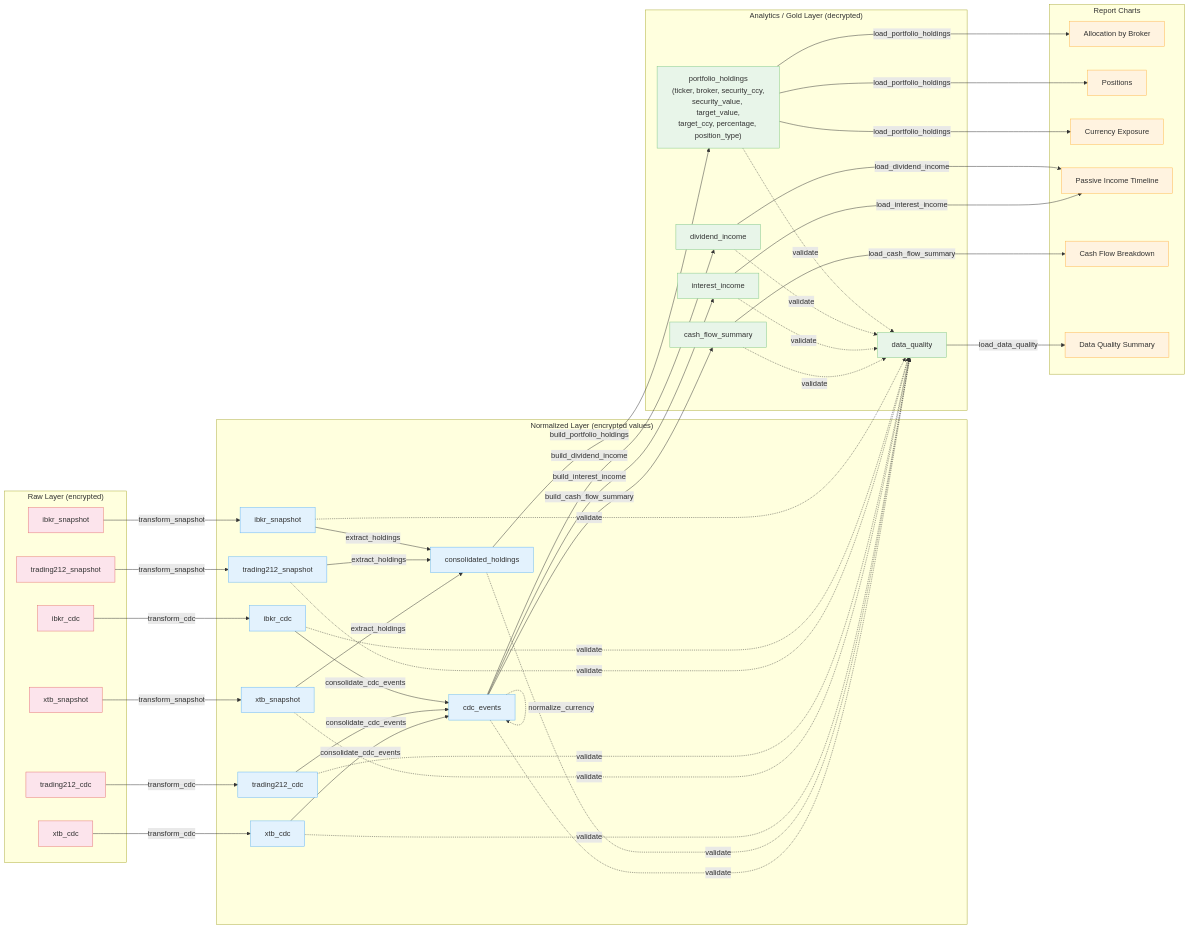
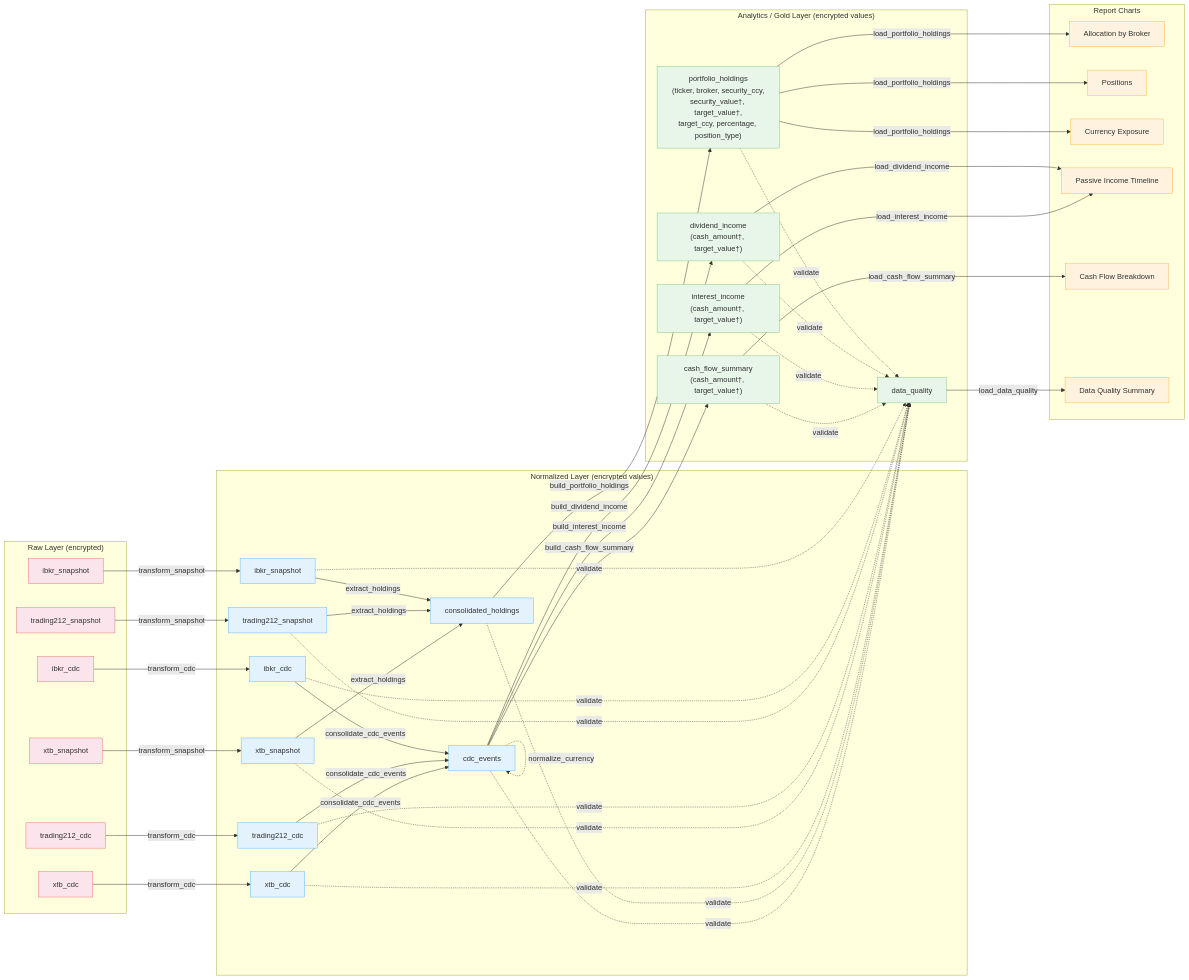
One commit to vp-1591/financial-portfolio-lakehouse changed the diagram in docs/table-lineage.md. Above: the diagram before and after it, drawn with Mermaid. The commit also changed other lines of this file and 16 other files, not shown here.

First line of the commit message:
feat: encrypt gold value columns with Fernet (Phase 3)

```diff
--- a/docs/table-lineage.md
+++ b/docs/table-lineage.md
@@ -24,11 +24,11 @@
     n_cdc_events["cdc_events"]
   end
 
-  subgraph gold["Analytics / Gold Layer (decrypted)"]
-    g_holdings["portfolio_holdings<br/>(ticker, broker, security_ccy,<br/>security_value, target_value,<br/>target_ccy, percentage, position_type)"]
-    g_dividends["dividend_income"]
-    g_interest["interest_income"]
-    g_cashflow["cash_flow_summary"]
+  subgraph gold["Analytics / Gold Layer (encrypted values)"]
+    g_holdings["portfolio_holdings<br/>(ticker, broker, security_ccy,<br/>security_value†, target_value†,<br/>target_ccy, percentage, position_type)"]
+    g_dividends["dividend_income<br/>(cash_amount†, target_value†)"]
+    g_interest["interest_income<br/>(cash_amount†, target_value†)"]
+    g_cashflow["cash_flow_summary<br/>(cash_amount†, target_value†)"]
     g_quality["data_quality"]
   end
 
```
